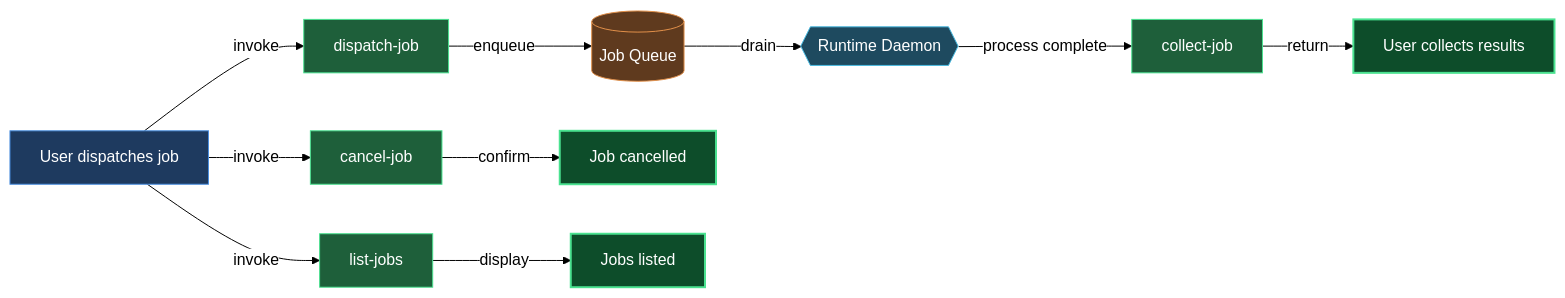
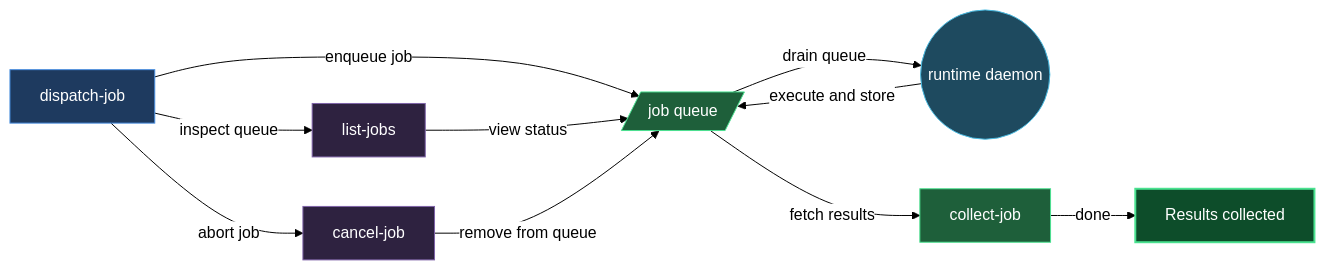
Before and after one commit to mebius-san/lazy-cortex: the diagram in Claude/lazycortex-core/help/experts.md, drawn with Mermaid. The commit also changed other lines of this file and 9 other files, not shown here.

````diff
--- a/Claude/lazycortex-core/help/experts.md
+++ b/Claude/lazycortex-core/help/experts.md
@@ -54,43 +54,35 @@
 ```mermaid
 %%{init: {'themeVariables':{'background':'transparent','lineColor':'#000','textColor':'#000','edgeLabelBackground':'#fff'},'themeCSS':'.edgeLabel{background-color:transparent!important}.edgeLabel p{background-color:transparent!important}','flowchart':{'diagramPadding':5,'useMaxWidth':true}}}%%
 flowchart LR
-  userDispatchesJob[User dispatches job]
-  dispatchJobSkill[dispatch-job]
-  jobQueue[(Job Queue)]
-  runtimeDaemon{{Runtime Daemon}}
-  collectJobSkill[collect-job]
-  userCollectsResults[User collects results]
-  listJobsSkill[list-jobs]
-  cancelJobSkill[cancel-job]
-  jobCancelled[Job cancelled]
-  jobsListed[Jobs listed]
+  userDispatchJob[dispatch-job]
+  runtimeDaemon((runtime daemon))
+  jobQueue[/job queue/]
+  collectJob[collect-job]
+  listJobs[list-jobs]
+  cancelJob[cancel-job]
+  resultsReady[Results collected]
 
-  userDispatchesJob -->|invoke| dispatchJobSkill
-  dispatchJobSkill -->|enqueue| jobQueue
-  jobQueue -->|drain| runtimeDaemon
-  runtimeDaemon -->|process complete| collectJobSkill
-  collectJobSkill -->|return| userCollectsResults
-
-  userDispatchesJob -->|invoke| listJobsSkill
-  listJobsSkill -->|display| jobsListed
-
-  userDispatchesJob -->|invoke| cancelJobSkill
-  cancelJobSkill -->|confirm| jobCancelled
+  userDispatchJob -->|enqueue job| jobQueue
+  jobQueue -->|drain queue| runtimeDaemon
+  runtimeDaemon -->|execute and store| jobQueue
+  jobQueue -->|fetch results| collectJob
+  collectJob -->|done| resultsReady
+  userDispatchJob -->|inspect queue| listJobs
+  listJobs -->|view status| jobQueue
+  userDispatchJob -->|abort job| cancelJob
+  cancelJob -->|remove from queue| jobQueue
 
   classDef entry fill:#1e3a5f,stroke:#4a90e2,color:#fff
   classDef action fill:#1e5f3a,stroke:#4ae290,color:#fff
   classDef service fill:#1e4a5f,stroke:#4abce2,color:#fff
-  classDef store fill:#5f3a1e,stroke:#e2904a,color:#fff
   classDef success fill:#0d4d2a,stroke:#4ae290,color:#fff,stroke-width:2px
+  classDef sub fill:#2e2240,stroke:#7e63a8,color:#fff
 
-  class userDispatchesJob entry
-  class dispatchJobSkill action
-  class collectJobSkill action
-  class listJobsSkill action
-  class cancelJobSkill action
+  class userDispatchJob entry
   class runtimeDaemon service
-  class jobQueue store
-  class userCollectsResults success
-  class jobsListed success
-  class jobCancelled success
+  class jobQueue action
+  class collectJob action
+  class listJobs sub
+  class cancelJob sub
+  class resultsReady success
 ```
````
